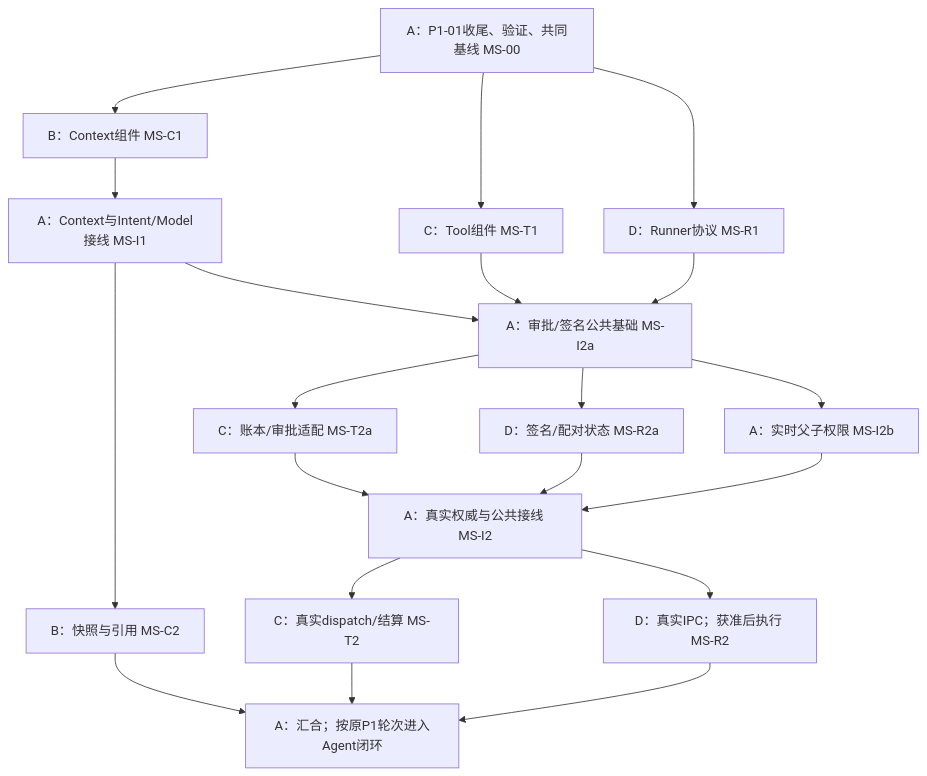
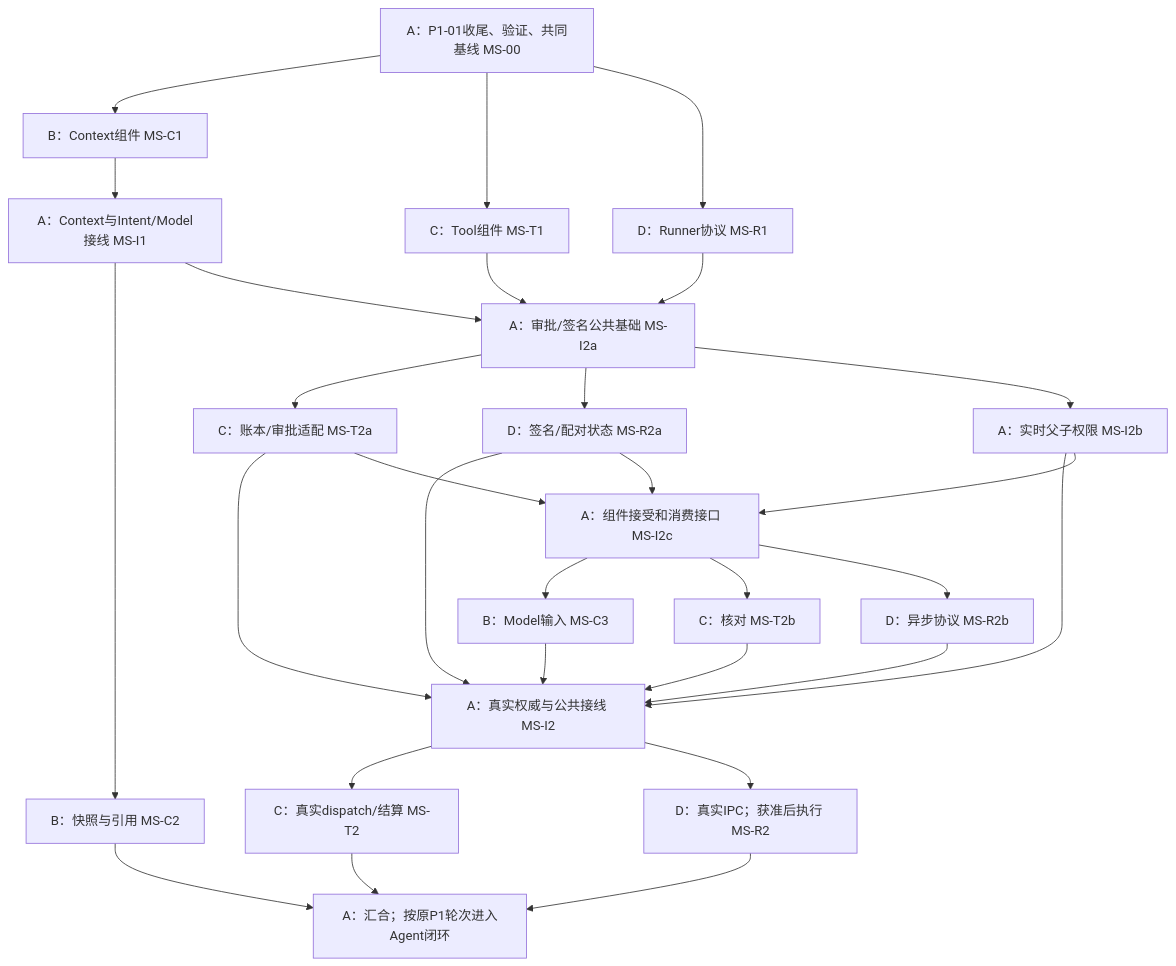
The diagram in docs/plan/PARALLEL.md (Guozai3633/UAW), drawn with Mermaid before and after one commit. The commit also changed other lines of this file and 25 other files, not shown here.

````diff
--- a/docs/plan/PARALLEL.md
+++ b/docs/plan/PARALLEL.md
@@ -44,22 +44,31 @@
 ```mermaid
 flowchart TD
   A0["A：P1-01收尾、验证、共同基线 MS-00"] --> B1["B：Context组件 MS-C1"]
   A0 --> C1["C：Tool组件 MS-T1"]
   A0 --> D1["D：Runner协议 MS-R1"]
   B1 --> I1["A：Context与Intent/Model接线 MS-I1"]
   I1 --> B2["B：快照与引用 MS-C2"]
   C1 --> I2a["A：审批/签名公共基础 MS-I2a"]
   D1 --> I2a
   I1 --> I2a
   I2a --> C2a["C：账本/审批适配 MS-T2a"]
   I2a --> D2a["D：签名/配对状态 MS-R2a"]
   I2a --> I2b["A：实时父子权限 MS-I2b"]
   C2a --> I2["A：真实权威与公共接线 MS-I2"]
   D2a --> I2
   I2b --> I2
+  C2a --> I2c["A：组件接受和消费接口 MS-I2c"]
+  D2a --> I2c
+  I2b --> I2c
+  I2c --> B3["B：Model输入 MS-C3"]
+  I2c --> C2b["C：核对 MS-T2b"]
+  I2c --> D2b["D：异步协议 MS-R2b"]
+  B3 --> I2
+  C2b --> I2
+  D2b --> I2
   I2 --> C2["C：真实dispatch/结算 MS-T2"]
   I2 --> D2["D：真实IPC；获准后执行 MS-R2"]
   B2 --> I3["A：汇合；按原P1轮次进入Agent闭环"]
   C2 --> I3
   D2 --> I3
 ```
````
